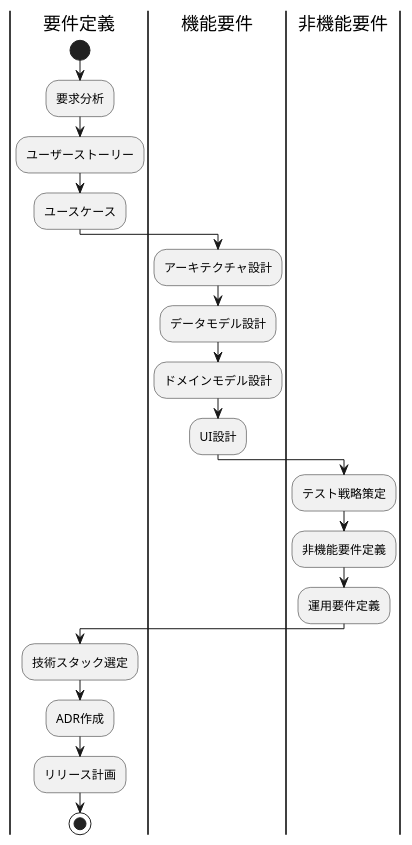
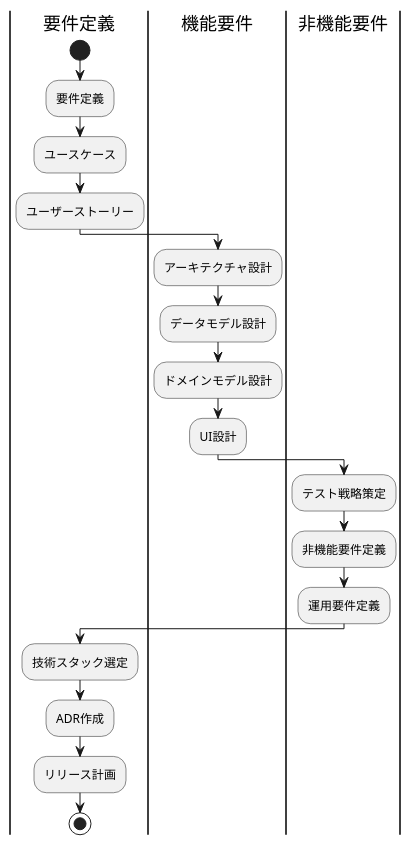
One commit to k2works/ai-programing-exercise changed the second of 14 diagrams in docs/reference/開発ガイド.md. Above: the diagram before and after it, drawn with PlantUML. The commit also changed other lines of this file and 5 other files, not shown here.

````diff
--- a/docs/reference/開発ガイド.md
+++ b/docs/reference/開発ガイド.md
@@ -40,28 +40,28 @@
 ```plantuml
 @startuml "Phase 1"
 |要件定義|
 start
-:要求分析;
+:要件定義;
+:ユースケース;
 :ユーザーストーリー;
-:ユースケース;
 
 |機能要件|
 :アーキテクチャ設計;
 :データモデル設計;
 :ドメインモデル設計;
 :UI設計;
 
 |非機能要件|
 :テスト戦略策定;
 :非機能要件定義;
 :運用要件定義;
 
 |要件定義|
 :技術スタック選定;
 :ADR作成;
 :リリース計画;
 
 stop
 
 @enduml
 ```
````
